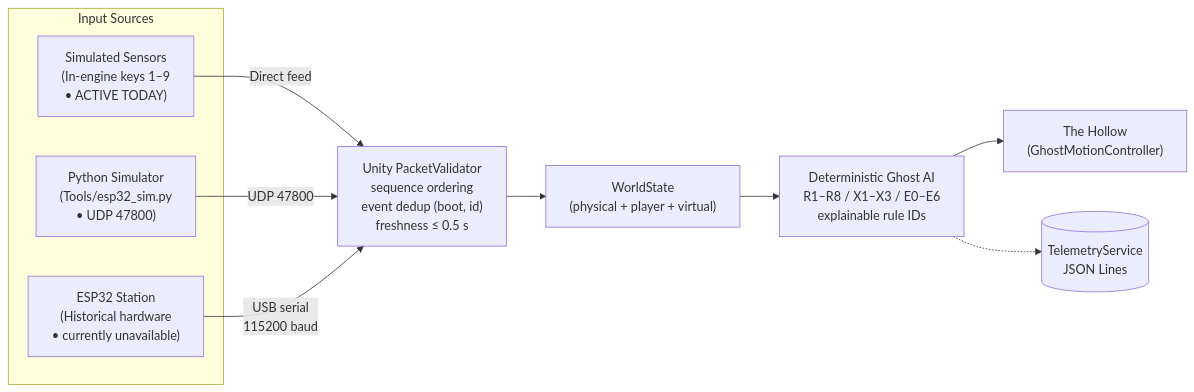
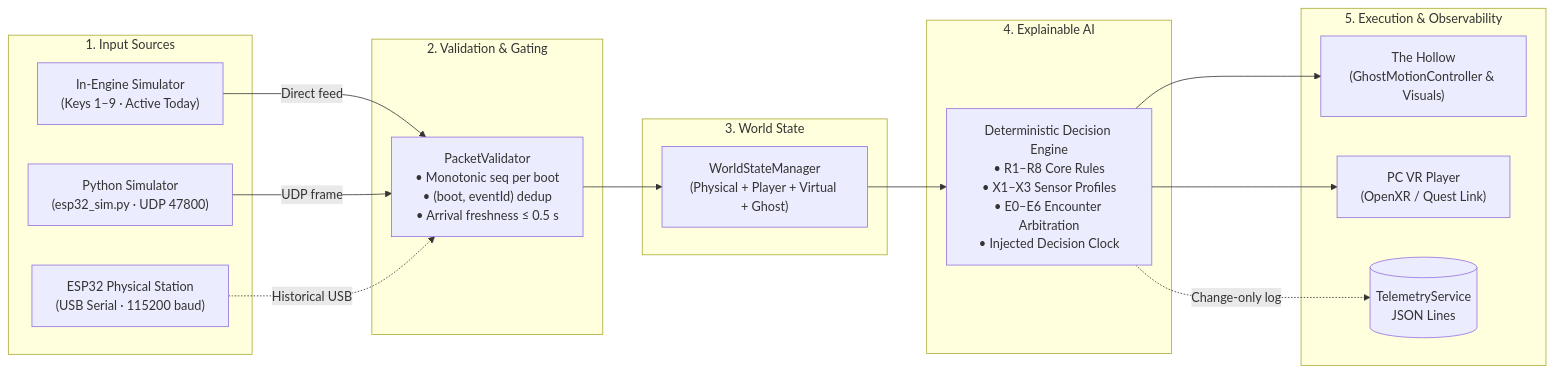
Before and after one commit to ArnavJain2005/PHYS-XR: the diagram in README.md, drawn with Mermaid. The commit also changed other lines of this file and 2 other files, not shown here.

````diff
--- a/README.md
+++ b/README.md
@@ -117,17 +95,35 @@
 ```mermaid
 flowchart LR
-    subgraph Inputs["Input Sources"]
-        SIM["Simulated Sensors<br/>(In-engine keys 1–9<br/>• ACTIVE TODAY)"]
-        PY["Python Simulator<br/>(Tools/esp32_sim.py<br/>• UDP 47800)"]
-        HIST["ESP32 Station<br/>(Historical hardware<br/>• currently unavailable)"]
+    subgraph Inputs["1. Input Sources"]
+        SIM["In-Engine Simulator<br/>(Keys 1–9 · Active Today)"]
+        PY["Python Simulator<br/>(esp32_sim.py · UDP 47800)"]
+        HIST["ESP32 Physical Station<br/>(USB Serial · 115200 baud)"]
     end
 
-    SIM -->|"Direct feed"| V["Unity PacketValidator<br/>sequence ordering<br/>event dedup (boot, id)<br/>freshness ≤ 0.5 s"]
-    PY -->|"UDP 47800"| V
-    HIST -->|"USB serial<br/>115200 baud"| V
+    subgraph Validation["2. Validation & Gating"]
+        V["PacketValidator<br/>• Monotonic seq per boot<br/>• (boot, eventId) dedup<br/>• Arrival freshness ≤ 0.5 s"]
+    end
 
-    V --> W["WorldState<br/>(physical + player + virtual)"]
-    W --> D["Deterministic Ghost AI<br/>R1–R8 / X1–X3 / E0–E6<br/>explainable rule IDs"]
-    D --> G["The Hollow<br/>(GhostMotionController)"]
-    D -.-> T[("TelemetryService<br/>JSON Lines")]
+    subgraph State["3. World State"]
+        W["WorldStateManager<br/>(Physical + Player + Virtual + Ghost)"]
+    end
+
+    subgraph Decision["4. Explainable AI"]
+        D["Deterministic Decision Engine<br/>• R1–R8 Core Rules<br/>• X1–X3 Sensor Profiles<br/>• E0–E6 Encounter Arbitration<br/>• Injected Decision Clock"]
+    end
+
+    subgraph Output["5. Execution & Observability"]
+        G["The Hollow<br/>(GhostMotionController & Visuals)"]
+        VR["PC VR Player<br/>(OpenXR / Quest Link)"]
+        T[("TelemetryService<br/>JSON Lines")]
+    end
+
+    SIM -->|"Direct feed"| V
+    PY -->|"UDP frame"| V
+    HIST -.->|"Historical USB"| V
+    V --> W
+    W --> D
+    D --> G
+    D --> VR
+    D -.->|Change-only log| T
 ```
````
